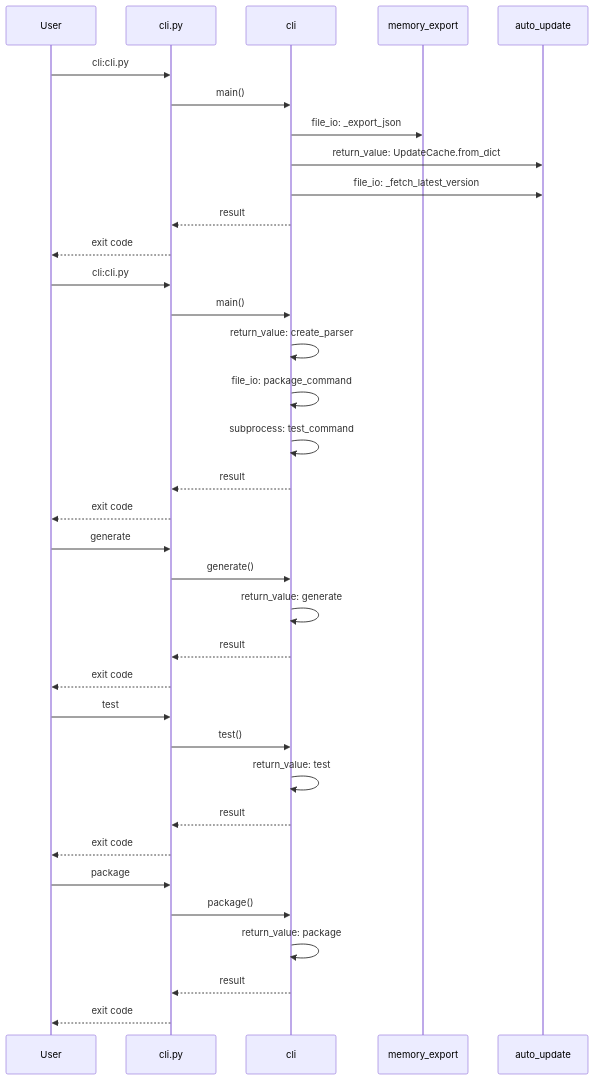
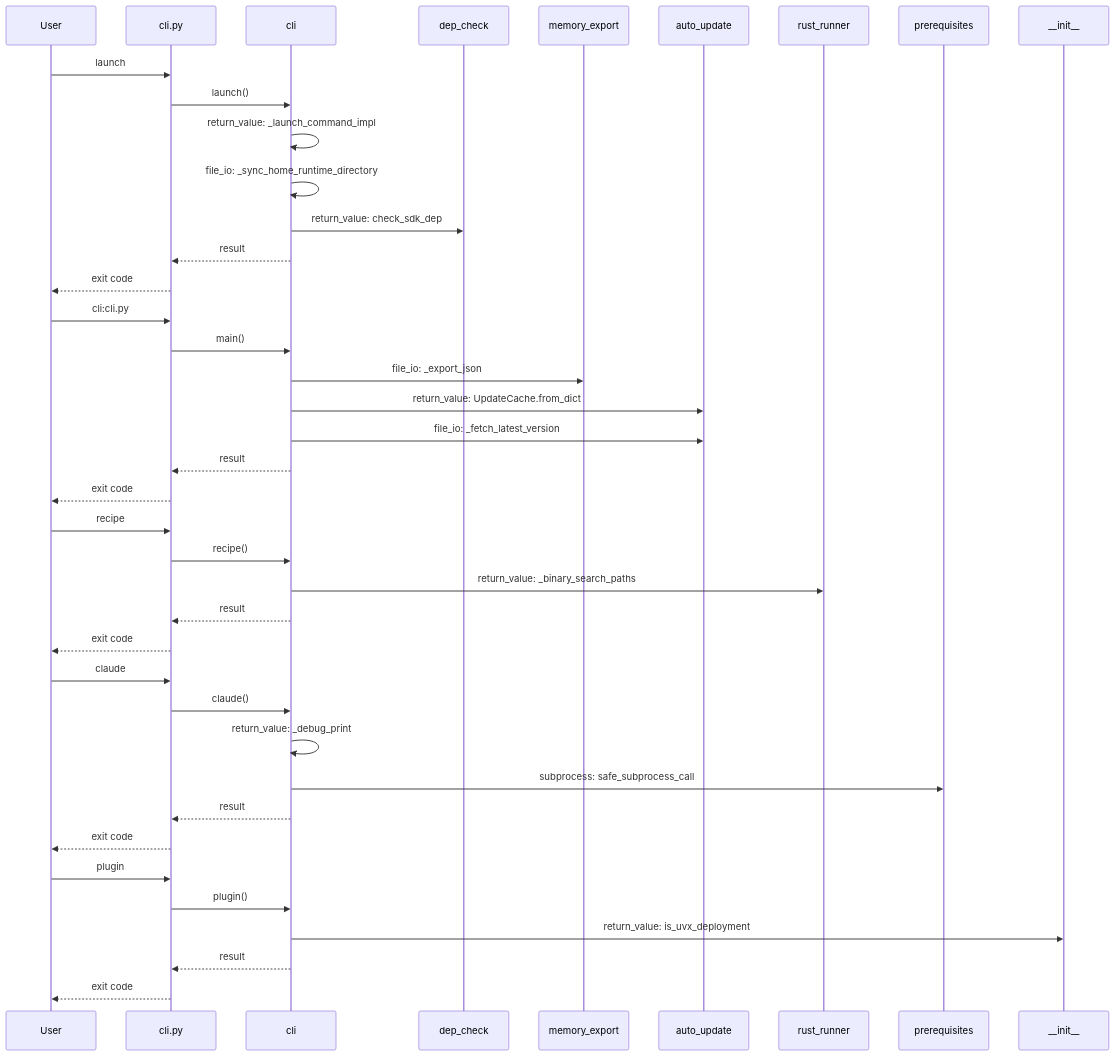
One commit to rysweet/amplihack changed the diagram in docs/atlas/user-journeys/user-journeys.mmd. Above: the diagram before and after it, drawn with Mermaid. The commit also changed 13 other files, not shown here.

```diff
--- a/docs/atlas/user-journeys/user-journeys.mmd
+++ b/docs/atlas/user-journeys/user-journeys.mmd
@@ -1,49 +1,44 @@
 sequenceDiagram
     participant User
     participant CLI as cli.py
     participant cli
+    User->>CLI: launch
+    CLI->>cli: launch()
+    cli->>cli: return_value: _launch_command_impl
+    cli->>cli: file_io: _sync_home_runtime_directory
+    participant dep_check
+    cli->>dep_check: return_value: check_sdk_dep
+    cli-->>CLI: result
+    CLI-->>User: exit code
+
     User->>CLI: cli:cli.py
     CLI->>cli: main()
+    participant memory_export
     cli->>memory_export: file_io: _export_json
+    participant auto_update
     cli->>auto_update: return_value: UpdateCache.from_dict
     cli->>auto_update: file_io: _fetch_latest_version
     cli-->>CLI: result
     CLI-->>User: exit code
 
-    participant User
-    participant CLI as cli.py
-    participant cli
-    User->>CLI: cli:cli.py
-    CLI->>cli: main()
-    cli->>cli: return_value: create_parser
-    cli->>cli: file_io: package_command
-    cli->>cli: subprocess: test_command
+    User->>CLI: recipe
+    CLI->>cli: recipe()
+    participant rust_runner
+    cli->>rust_runner: return_value: _binary_search_paths
     cli-->>CLI: result
     CLI-->>User: exit code
 
-    participant User
-    participant CLI as cli.py
-    participant cli
-    User->>CLI: generate
-    CLI->>cli: generate()
-    cli->>cli: return_value: generate
+    User->>CLI: claude
+    CLI->>cli: claude()
+    cli->>cli: return_value: _debug_print
+    participant prerequisites
+    cli->>prerequisites: subprocess: safe_subprocess_call
     cli-->>CLI: result
     CLI-->>User: exit code
 
-    participant User
-    participant CLI as cli.py
-    participant cli
-    User->>CLI: test
-    CLI->>cli: test()
-    cli->>cli: return_value: test
+    User->>CLI: plugin
+    CLI->>cli: plugin()
+    participant __init__
+    cli->>__init__: return_value: is_uvx_deployment
     cli-->>CLI: result
     CLI-->>User: exit code
-
-    participant User
-    participant CLI as cli.py
-    participant cli
-    User->>CLI: package
-    CLI->>cli: package()
-    cli->>cli: return_value: package
-    cli-->>CLI: result
-    CLI-->>User: exit code
```
